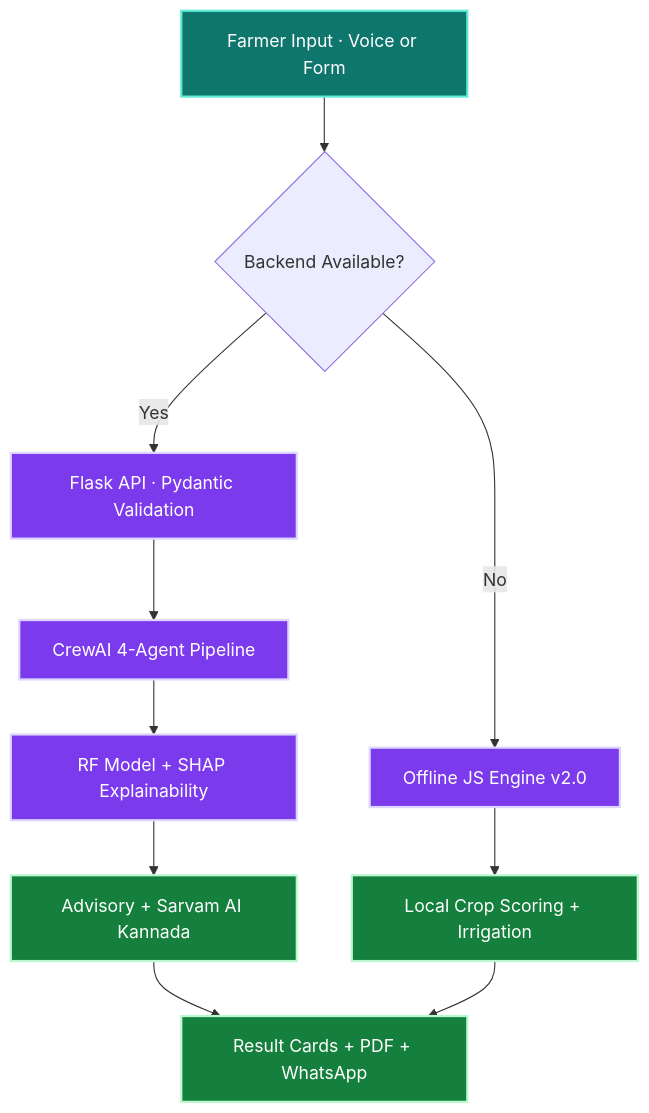
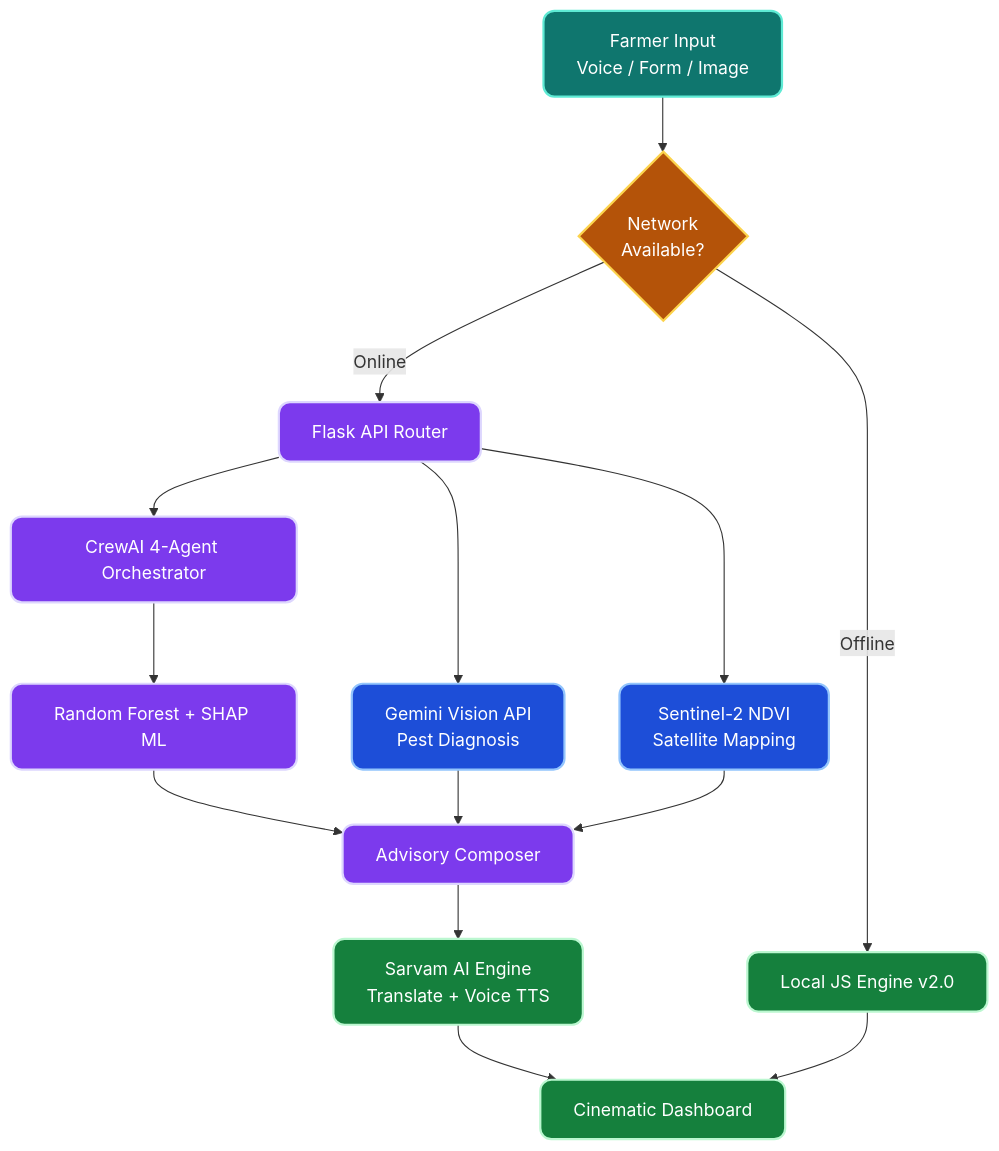
Before and after one commit to Yashaswini-V21/Rytha_Mitra: the diagram in README.md, drawn with Mermaid. The commit also changed other lines of this file and 31 other files, not shown here.

````diff
--- a/README.md
+++ b/README.md
@@ -208,16 +92,28 @@
 ```mermaid
 flowchart TD
-  classDef input fill:#0f766e,stroke:#5eead4,color:#ffffff,stroke-width:2px
-  classDef process fill:#7c3aed,stroke:#ddd6fe,color:#ffffff,stroke-width:2px
-  classDef output fill:#15803d,stroke:#bbf7d0,color:#ffffff,stroke-width:2px
+  classDef input fill:#0f766e,stroke:#5eead4,color:#ffffff,stroke-width:2px,rx:10px,ry:10px
+  classDef process fill:#7c3aed,stroke:#ddd6fe,color:#ffffff,stroke-width:2px,rx:10px,ry:10px
+  classDef premium fill:#1d4ed8,stroke:#93c5fd,color:#ffffff,stroke-width:2px,rx:10px,ry:10px
+  classDef output fill:#15803d,stroke:#bbf7d0,color:#ffffff,stroke-width:2px,rx:10px,ry:10px
+  classDef decision fill:#b45309,stroke:#fcd34d,color:#ffffff,stroke-width:2px,rx:10px,ry:10px
 
-  A[Farmer Input · Voice or Form]:::input --> B{Backend Available?}
-  B -->|Yes| C[Flask API · Pydantic Validation]:::process
-  B -->|No| D[Offline JS Engine v2.0]:::process
-  C --> E[CrewAI 4-Agent Pipeline]:::process
-  E --> F[RF Model + SHAP Explainability]:::process
-  F --> G[Advisory + Sarvam AI Kannada]:::output
-  D --> H[Local Crop Scoring + Irrigation]:::output
-  G --> I[Result Cards + PDF + WhatsApp]:::output
-  H --> I
+  A[Farmer Input<br/>Voice / Form / Image]:::input --> B{Network<br/>Available?}:::decision
+  
+  B -->|Online| C[Flask API Router]:::process
+  B -->|Offline| D[Local JS Engine v2.0]:::output
+  
+  C --> E[CrewAI 4-Agent Orchestrator]:::process
+  E --> F[Random Forest + SHAP ML]:::process
+  
+  C --> V[Gemini Vision API<br/>Pest Diagnosis]:::premium
+  C --> S[Sentinel-2 NDVI<br/>Satellite Mapping]:::premium
+  
+  F --> G[Advisory Composer]:::process
+  V --> G
+  S --> G
+  
+  G --> H[Sarvam AI Engine<br/>Translate + Voice TTS]:::output
+  
+  H --> J[Cinematic Dashboard]:::output
+  D --> J
 ```
````
